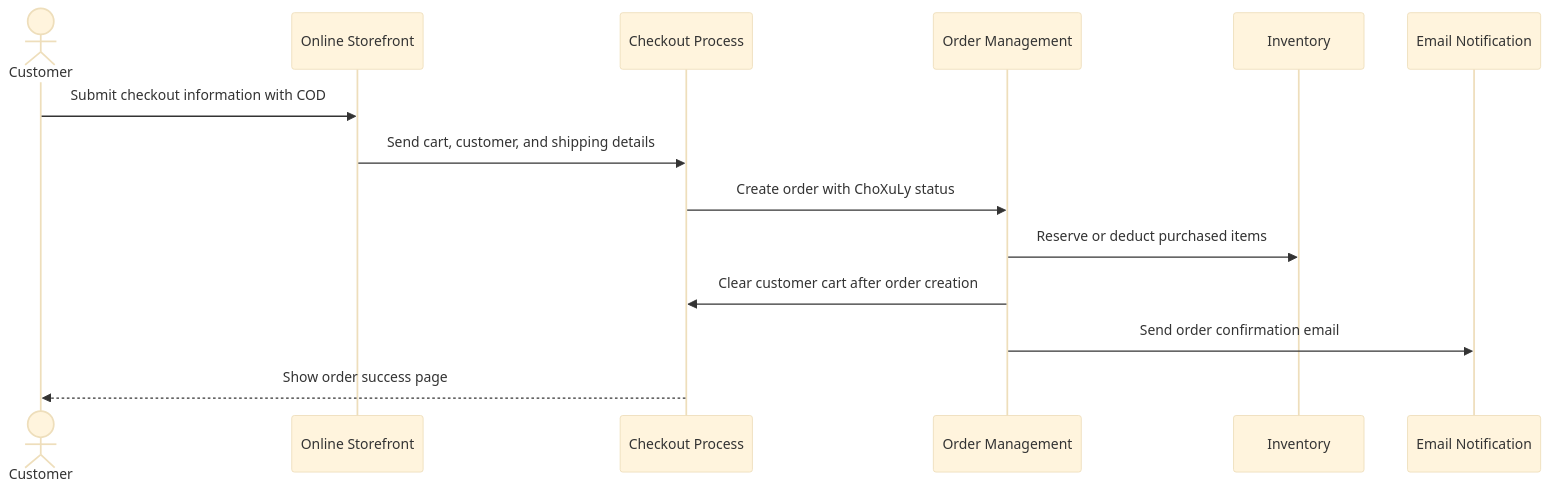
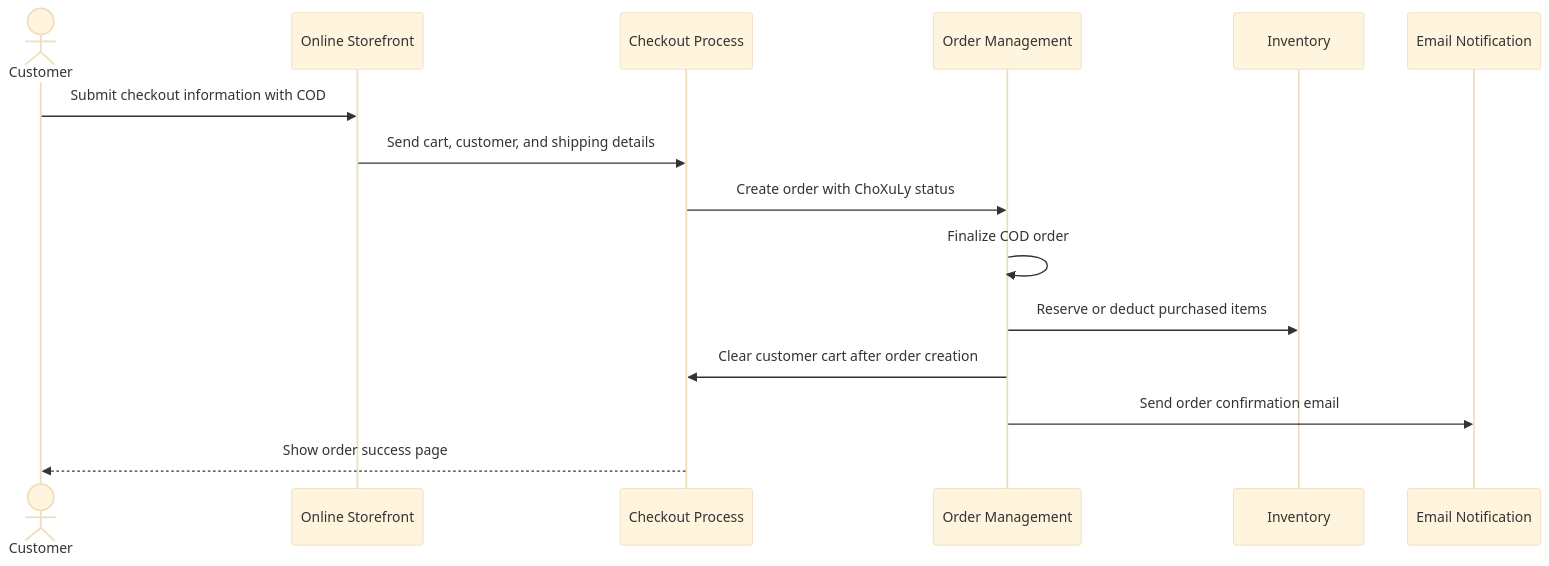
The third of 7 diagrams in README.md (ngxuanvan/ReSip-Multi-Payment-E-Commerce), drawn with Mermaid (base theme) before and after one commit. The commit also changed other lines of this file, not shown here.

Commit message:
docs: restore business self messages in README diagrams

````diff
--- a/README.md
+++ b/README.md
@@ -114,17 +114,18 @@
 ```mermaid
 sequenceDiagram
     actor Customer
     participant Storefront as Online Storefront
     participant Checkout as Checkout Process
     participant Order as Order Management
     participant Inventory as Inventory
     participant Notification as Email Notification
 
     Customer->>Storefront: Submit checkout information with COD
     Storefront->>Checkout: Send cart, customer, and shipping details
     Checkout->>Order: Create order with ChoXuLy status
+    Order->>Order: Finalize COD order
     Order->>Inventory: Reserve or deduct purchased items
     Order->>Checkout: Clear customer cart after order creation
     Order->>Notification: Send order confirmation email
     Checkout-->>Customer: Show order success page
 ```
````
